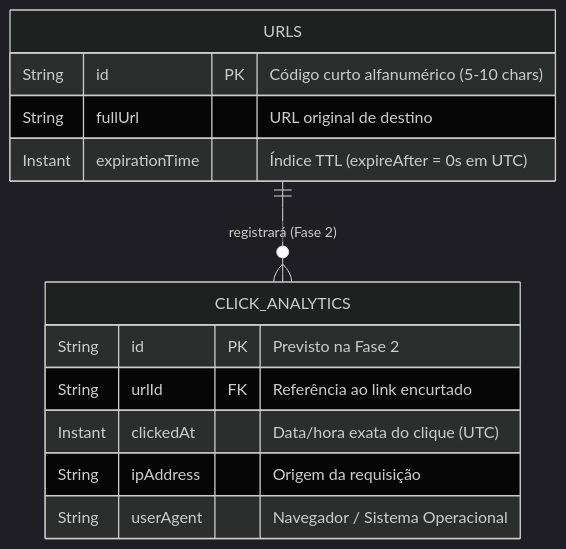
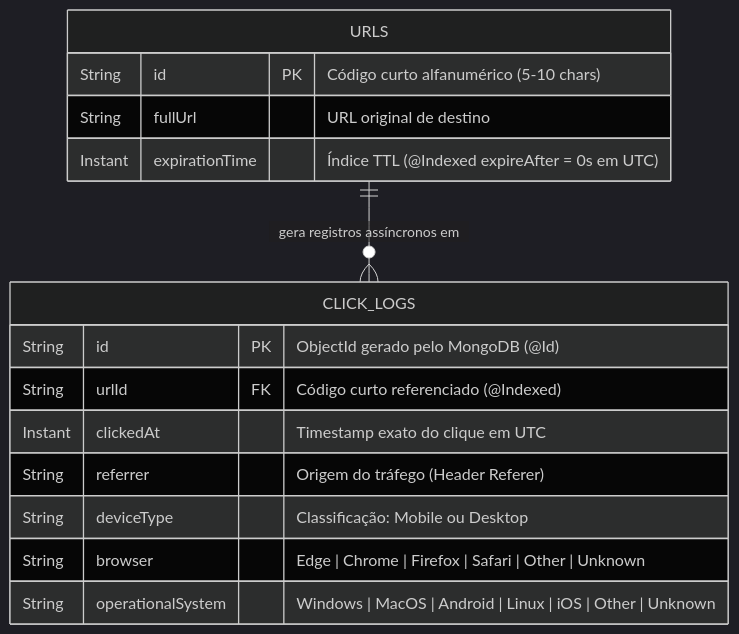
One commit to matheusrrtavares/encurtador-url changed the third of 3 diagrams in README.md. Above: the diagram before and after it, drawn with Mermaid (dark theme). The commit also changed other lines of this file, not shown here.

````diff
--- a/README.md
+++ b/README.md
@@ -93,18 +135,20 @@
 ```mermaid
 erDiagram
-    URLS ||--o{ CLICK_ANALYTICS : "registrará (Fase 2)"
+    URLS ||--o{ CLICK_LOGS : "gera registros assíncronos em"
 
     URLS {
         String id PK "Código curto alfanumérico (5-10 chars)"
         String fullUrl "URL original de destino"
-        Instant expirationTime "Índice TTL (expireAfter = 0s em UTC)"
+        Instant expirationTime "Índice TTL (@Indexed expireAfter = 0s em UTC)"
     }
 
-    CLICK_ANALYTICS {
-        String id PK "Previsto na Fase 2"
-        String urlId FK "Referência ao link encurtado"
-        Instant clickedAt "Data/hora exata do clique (UTC)"
-        String ipAddress "Origem da requisição"
-        String userAgent "Navegador / Sistema Operacional"
+    CLICK_LOGS {
+        String id PK "ObjectId gerado pelo MongoDB (@Id)"
+        String urlId FK "Código curto referenciado (@Indexed)"
+        Instant clickedAt "Timestamp exato do clique em UTC"
+        String referrer "Origem do tráfego (Header Referer)"
+        String deviceType "Classificação: Mobile ou Desktop"
+        String browser "Edge | Chrome | Firefox | Safari | Other | Unknown"
+        String operationalSystem "Windows | MacOS | Android | Linux | iOS | Other | Unknown"
     }
 ```
````
